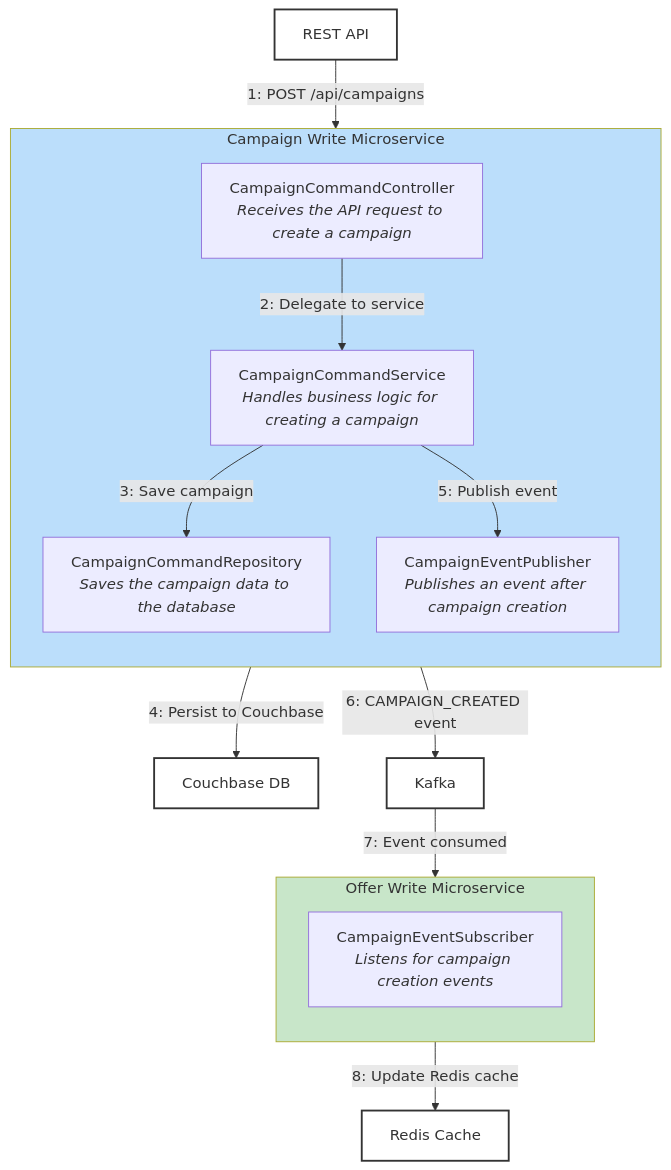
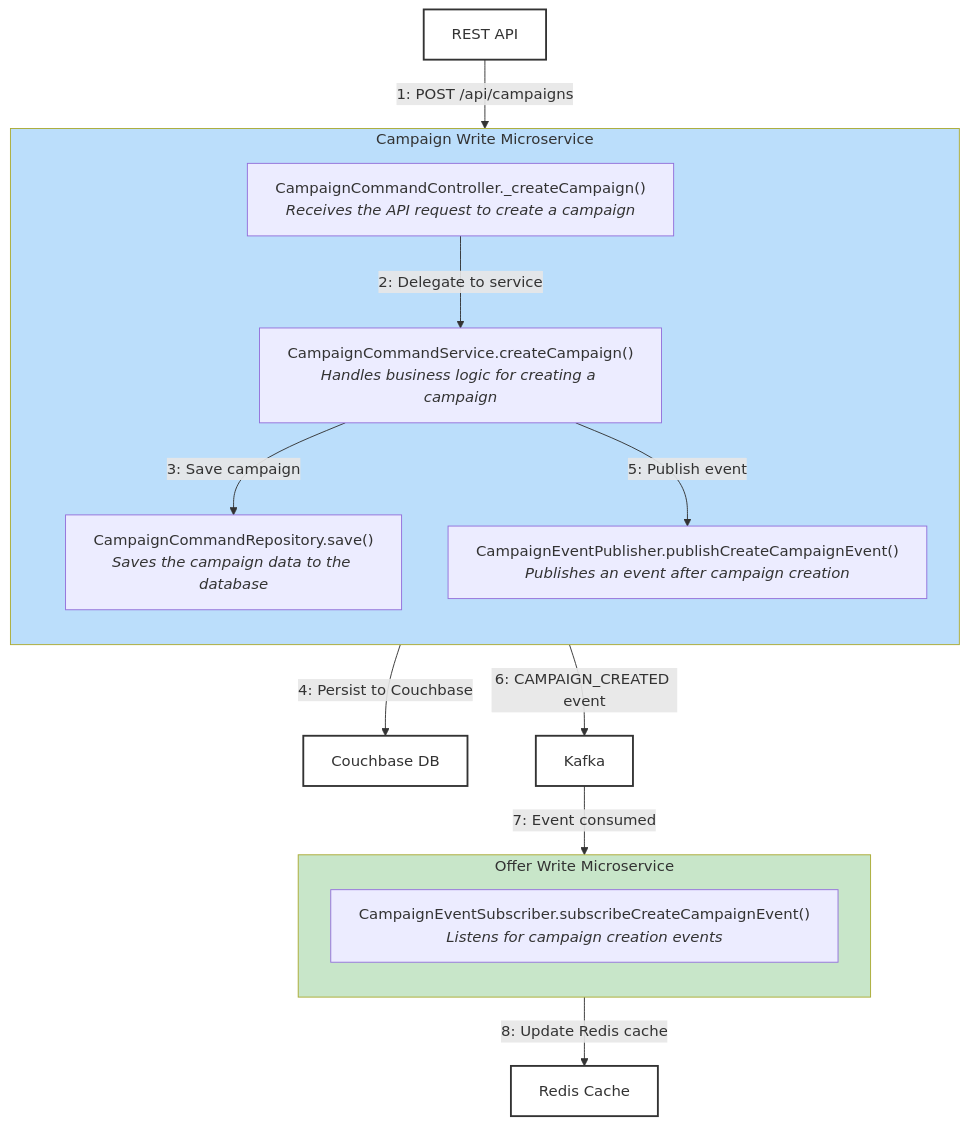
Before and after one commit to aakashkumar1980/apps-microservices: the diagram in _readme_assets/create_campaign.mermaid, drawn with Mermaid.

Commit message:
updated and refactored

```diff
--- a/_readme_assets/create_campaign.mermaid
+++ b/_readme_assets/create_campaign.mermaid
@@ -1,40 +1,40 @@
 flowchart TD
 %% --- Campaign Write Microservice ---
     subgraph subGraph4["Campaign Write Microservice"]
         direction TB
-        c1["CampaignCommandController<br/><i>Receives the API request to create a campaign</i>"]
-        s1["CampaignCommandService<br/><i>Handles business logic for creating a campaign</i>"]
-        r1["CampaignCommandRepository<br/><i>Saves the campaign data to the database</i>"]
-        e1["CampaignEventPublisher<br/><i>Publishes an event after campaign creation</i>"]
+        c1["CampaignCommandController._createCampaign()<br/><i>Receives the API request to create a campaign</i>"]
+        s1["CampaignCommandService.createCampaign()<br/><i>Handles business logic for creating a campaign</i>"]
+        r1["CampaignCommandRepository.save()<br/><i>Saves the campaign data to the database</i>"]
+        e1["CampaignEventPublisher.publishCreateCampaignEvent()<br/><i>Publishes an event after campaign creation</i>"]
     end
 
 %% --- Offer Write Microservice ---
     subgraph subGraph7["Offer Write Microservice"]
         direction TB
-        oesub["CampaignEventSubscriber<br/><i>Listens for campaign creation events</i>"]
+        oesub["CampaignEventSubscriber.subscribeCreateCampaignEvent()<br/><i>Listens for campaign creation events</i>"]
     end
 
 %% --- External Systems ---
 postman["REST API"]
 couchbase["Couchbase DB"]
 kafka["Kafka"]
 redis["Redis Cache"]
 
 %% --- Flow for Create Campaign ---
 postman -- "1: POST /api/campaigns" --> c1
 c1 -- "2: Delegate to service" --> s1
 s1 -- "3: Save campaign" --> r1
 r1 -- "4: Persist to Couchbase" --> couchbase
 s1 -- "5: Publish event" --> e1
 e1 -- "6: CAMPAIGN_CREATED event" --> kafka
 kafka -- "7: Event consumed" --> oesub
 oesub -- "8: Update Redis cache" --> redis
 
 %% --- Styling ---
 postman:::ext
 couchbase:::ext
 kafka:::ext
 redis:::ext
 classDef ext fill:#fff,stroke:#333,stroke-width:2px
 style subGraph4 fill:#BBDEFB
 style subGraph7 fill:#C8E6C9
```
